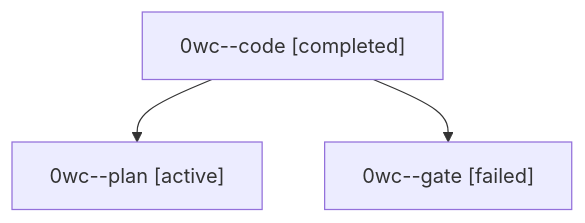
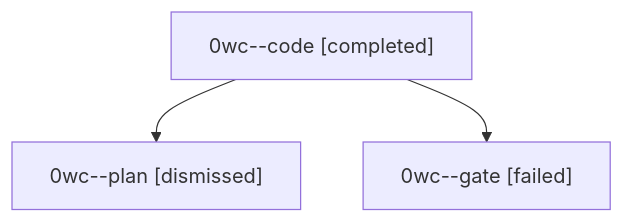
Before and after one commit to bobs-org/bob-cli--agents: the diagram in sessions/bbugyi200.athena.0wc.md, drawn with Mermaid. The commit also changed other lines of this file and 46 other files, not shown here.

````diff
--- a/sessions/bbugyi200.athena.0wc.md
+++ b/sessions/bbugyi200.athena.0wc.md
@@ -9,8 +9,8 @@
 ```mermaid
 flowchart TD
   n0["0wc--code [completed]"]
-  n1["0wc--plan [active]"]
+  n1["0wc--plan [dismissed]"]
   n0 --> n1
   n2["0wc--gate [failed]"]
   n0 --> n2
 ```
````
